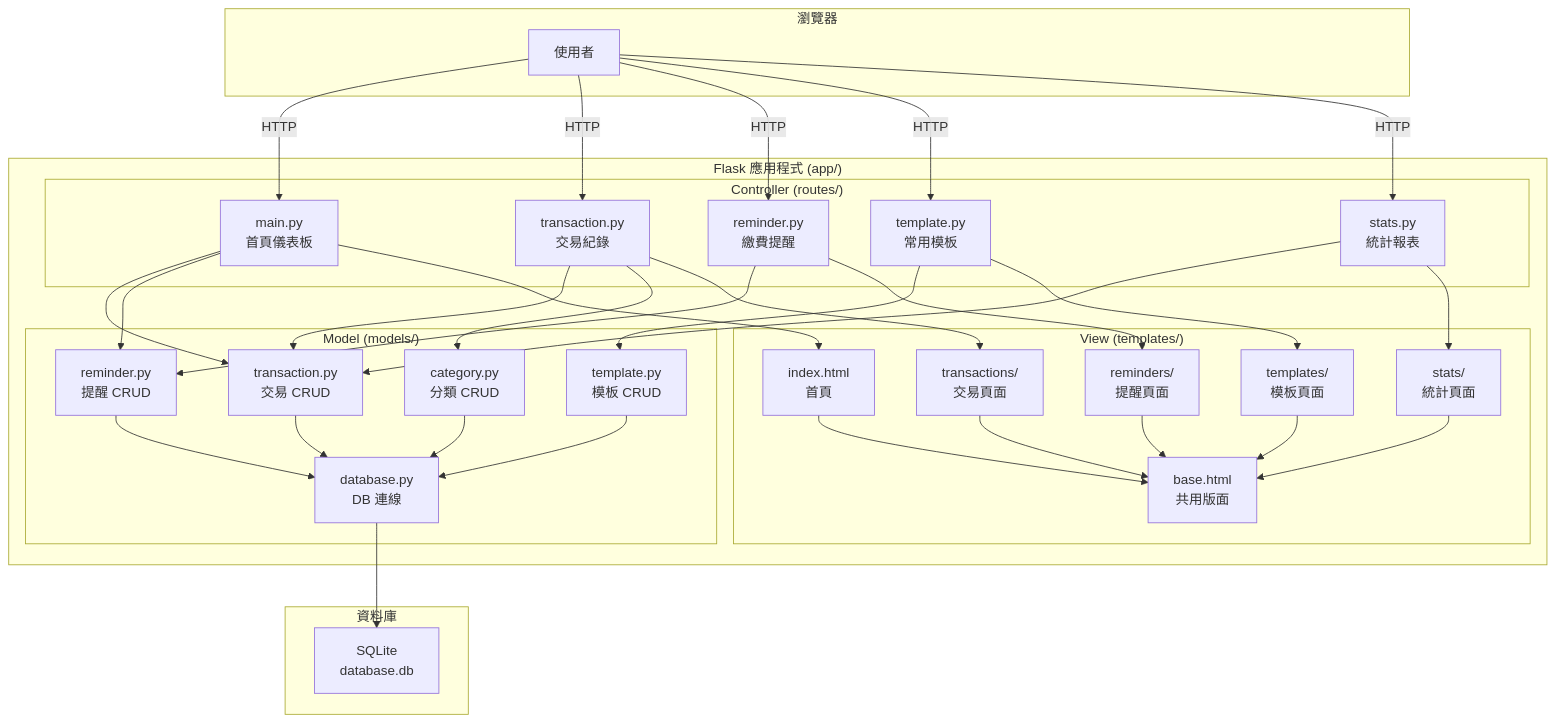
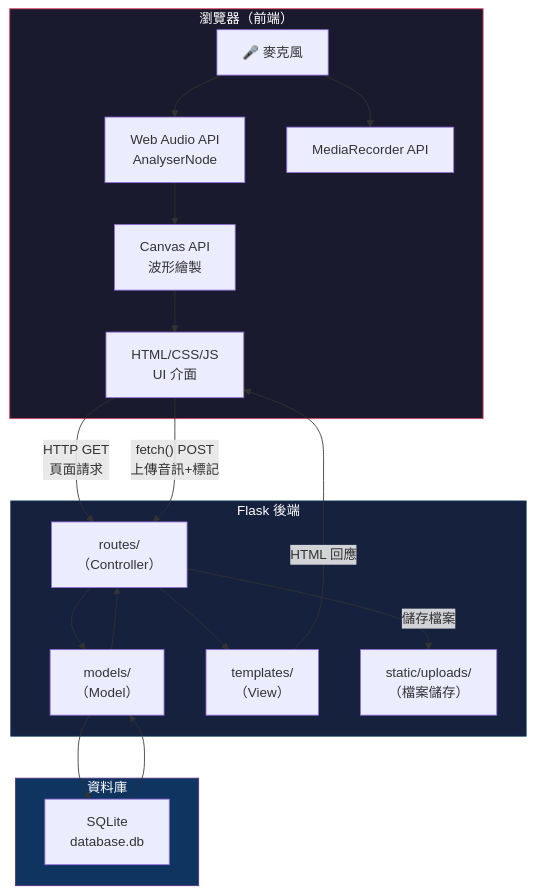
One commit to d1445196-colla/web_app changed the first of 3 diagrams in docs/ARCHITECTURE.md. Above: the diagram before and after it, drawn with Mermaid. The commit also changed other lines of this file and 19 other files, not shown here.

Commit message:
feat: add all design docs, database schema, models, route skeletons and templates

````diff
--- a/docs/ARCHITECTURE.md
+++ b/docs/ARCHITECTURE.md
@@ -173,69 +159,40 @@
 ```mermaid
 graph TB
-    subgraph 瀏覽器
-        USER["使用者"]
+    subgraph Browser["瀏覽器（前端）"]
+        MIC["🎤 麥克風"]
+        WA["Web Audio API<br/>AnalyserNode"]
+        MR["MediaRecorder API"]
+        CV["Canvas API<br/>波形繪製"]
+        UI["HTML/CSS/JS<br/>UI 介面"]
+        
+        MIC --> WA
+        MIC --> MR
+        WA --> CV
+        CV --> UI
     end
-
-    subgraph "Flask 應用程式 (app/)"
-        subgraph "Controller (routes/)"
-            R_MAIN["main.py<br>首頁儀表板"]
-            R_TXN["transaction.py<br>交易紀錄"]
-            R_REM["reminder.py<br>繳費提醒"]
-            R_TPL["template.py<br>常用模板"]
-            R_STAT["stats.py<br>統計報表"]
-        end
-
-        subgraph "Model (models/)"
-            M_TXN["transaction.py<br>交易 CRUD"]
-            M_CAT["category.py<br>分類 CRUD"]
-            M_REM["reminder.py<br>提醒 CRUD"]
-            M_TPL["template.py<br>模板 CRUD"]
-            M_DB["database.py<br>DB 連線"]
-        end
-
-        subgraph "View (templates/)"
-            V_BASE["base.html<br>共用版面"]
-            V_IDX["index.html<br>首頁"]
-            V_TXN["transactions/<br>交易頁面"]
-            V_REM["reminders/<br>提醒頁面"]
-            V_TPL["templates/<br>模板頁面"]
-            V_STAT["stats/<br>統計頁面"]
-        end
+    
+    subgraph Flask["Flask 後端"]
+        RT["routes/<br/>（Controller）"]
+        MD["models/<br/>（Model）"]
+        TM["templates/<br/>（View）"]
+        ST["static/uploads/<br/>（檔案儲存）"]
     end
-
-    subgraph 資料庫
-        DB["SQLite<br>database.db"]
+    
+    subgraph DB["資料庫"]
+        SQ["SQLite<br/>database.db"]
     end
-
-    USER -->|HTTP| R_MAIN
-    USER -->|HTTP| R_TXN
-    USER -->|HTTP| R_REM
-    USER -->|HTTP| R_TPL
-    USER -->|HTTP| R_STAT
-
-    R_MAIN --> M_TXN
-    R_MAIN --> M_REM
-    R_TXN --> M_TXN
-    R_TXN --> M_CAT
-    R_REM --> M_REM
-    R_TPL --> M_TPL
-    R_STAT --> M_TXN
-
-    R_MAIN --> V_IDX
-    R_TXN --> V_TXN
-    R_REM --> V_REM
-    R_TPL --> V_TPL
-    R_STAT --> V_STAT
-
-    M_TXN --> M_DB
-    M_CAT --> M_DB
-    M_REM --> M_DB
-    M_TPL --> M_DB
-    M_DB --> DB
-
-    V_IDX --> V_BASE
-    V_TXN --> V_BASE
-    V_REM --> V_BASE
-    V_TPL --> V_BASE
-    V_STAT --> V_BASE
+    
+    UI -- "HTTP GET<br/>頁面請求" --> RT
+    UI -- "fetch() POST<br/>上傳音訊+標記" --> RT
+    RT --> MD
+    MD --> SQ
+    SQ --> MD
+    MD --> RT
+    RT --> TM
+    TM -- "HTML 回應" --> UI
+    RT -- "儲存檔案" --> ST
+    
+    style Browser fill:#1a1a2e,stroke:#e94560,color:#fff
+    style Flask fill:#16213e,stroke:#0f3460,color:#fff
+    style DB fill:#0f3460,stroke:#533483,color:#fff
 ```
````
